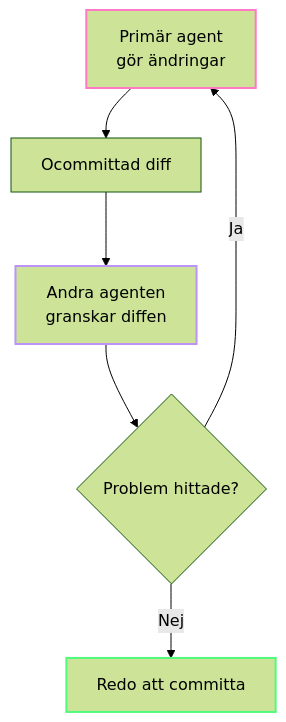
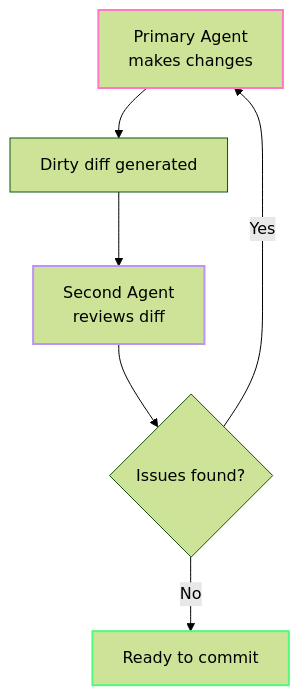
Before and after one commit to dandahprecio/vibe-on-budget: the fifth of 5 diagrams in token-economy-course/src/content/docs/sv/08-vibe-coding-guardrails.mdx, drawn with Mermaid (forest theme). The commit also changed other lines of this file and 23 other files, not shown here.

````diff
--- a/token-economy-course/src/content/docs/sv/08-vibe-coding-guardrails.mdx
+++ b/token-economy-course/src/content/docs/sv/08-vibe-coding-guardrails.mdx
@@ -255,12 +279,12 @@
 ```mermaid
 flowchart TD
-    A[Primär agent<br/>gör ändringar] --> B[Ocommittad diff]
-    B --> C[Andra agenten<br/>granskar diffen]
-    C --> D{Problem hittade?}
-    D -->|Ja| A
-    D -->|Nej| E[Redo att committa]
+    A[Primary Agent<br/>makes changes] --> B[Dirty diff generated]
+    B --> C[Second Agent<br/>reviews diff]
+    C --> D{Issues found?}
+    D -->|Yes| A
+    D -->|No| E[Ready to commit]
     
     style A stroke:#ff79c6,stroke-width:2px
     style C stroke:#bd93f9,stroke-width:2px
     style E stroke:#50fa7b,stroke-width:2px
 ```
````
